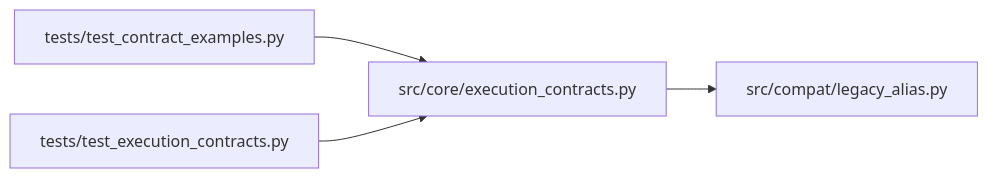
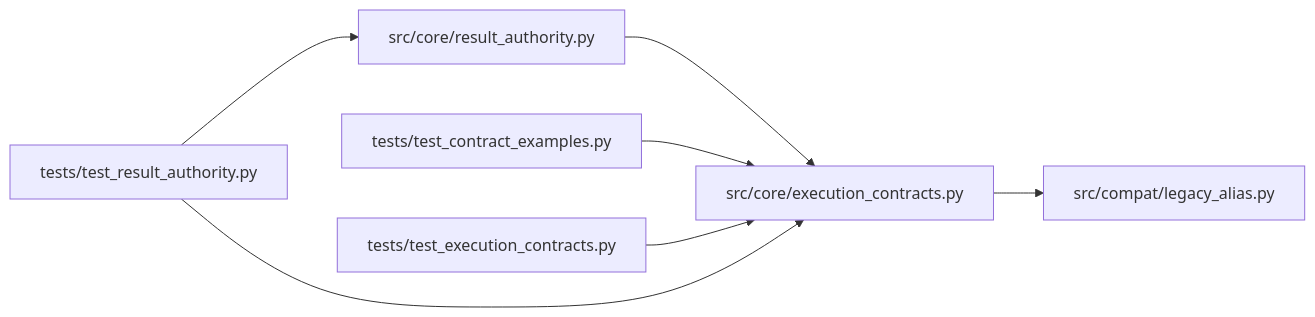
The diagram in docs/llm_wiki/modules/execution_contracts.md (Denissvgn/autoresearch-agent), drawn with Mermaid before and after one commit. The commit also changed other lines of this file and 36 other files, not shown here.

````diff
--- a/docs/llm_wiki/modules/execution_contracts.md
+++ b/docs/llm_wiki/modules/execution_contracts.md
@@ -56,14 +56,21 @@
 ```mermaid
 flowchart LR
     n0["src/compat/legacy_alias.py"]
     n1["src/core/execution_contracts.py"]
-    n2["tests/test_contract_examples.py"]
-    n3["tests/test_execution_contracts.py"]
+    n2["src/core/result_authority.py"]
+    n3["tests/test_contract_examples.py"]
+    n4["tests/test_execution_contracts.py"]
+    n5["tests/test_result_authority.py"]
     n1 --> n0
     n2 --> n1
     n3 --> n1
+    n4 --> n1
+    n5 --> n1
+    n5 --> n2
     click n0 "../modules/compat_legacy_alias.md"
     click n1 "../modules/execution_contracts.md"
-    click n2 "../modules/test_contract_examples.md"
-    click n3 "../modules/test_execution_contracts.md"
+    click n2 "../modules/result_authority.md"
+    click n3 "../modules/test_contract_examples.md"
+    click n4 "../modules/test_execution_contracts.md"
+    click n5 "../modules/test_result_authority.md"
 ```
````
